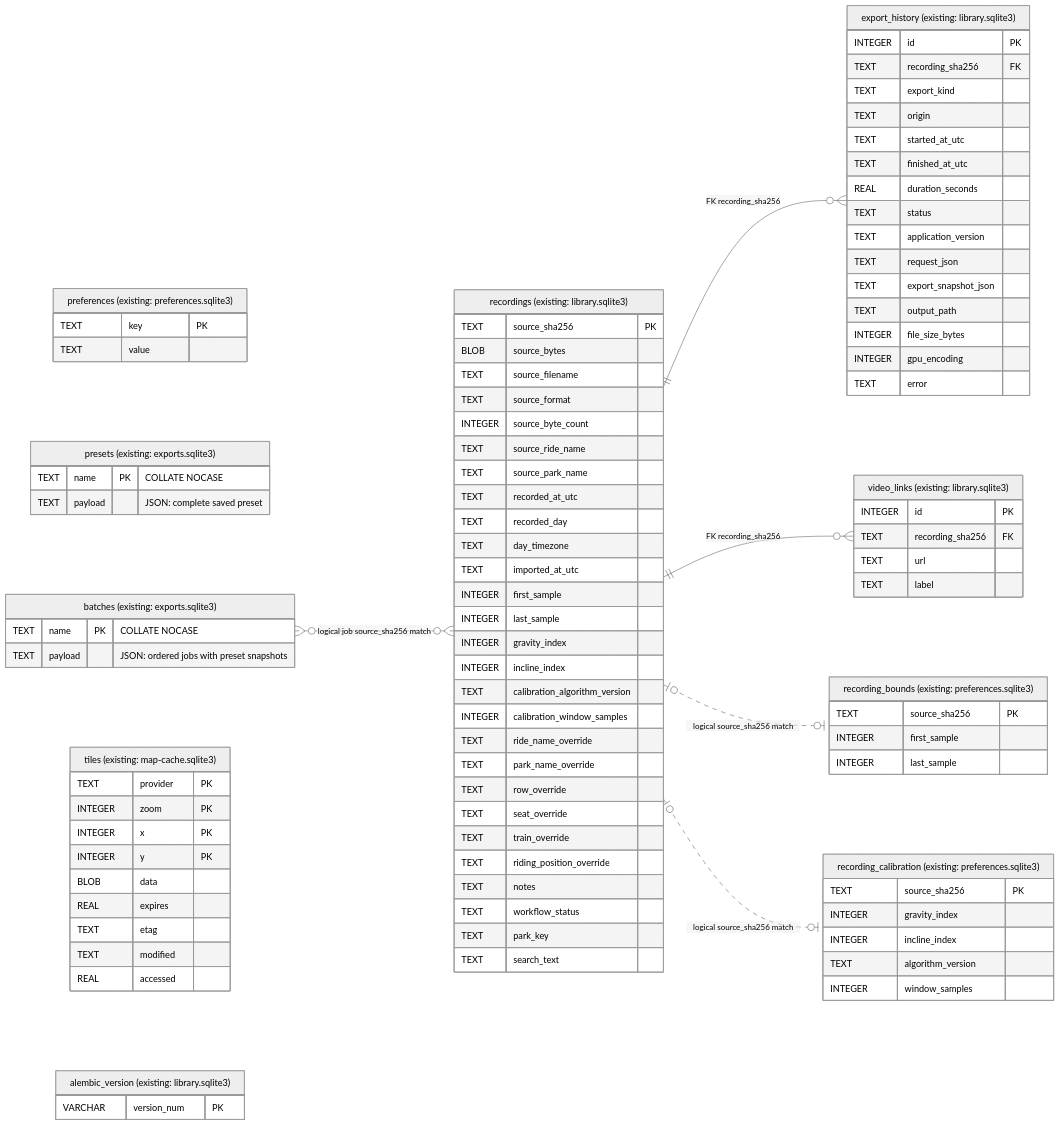
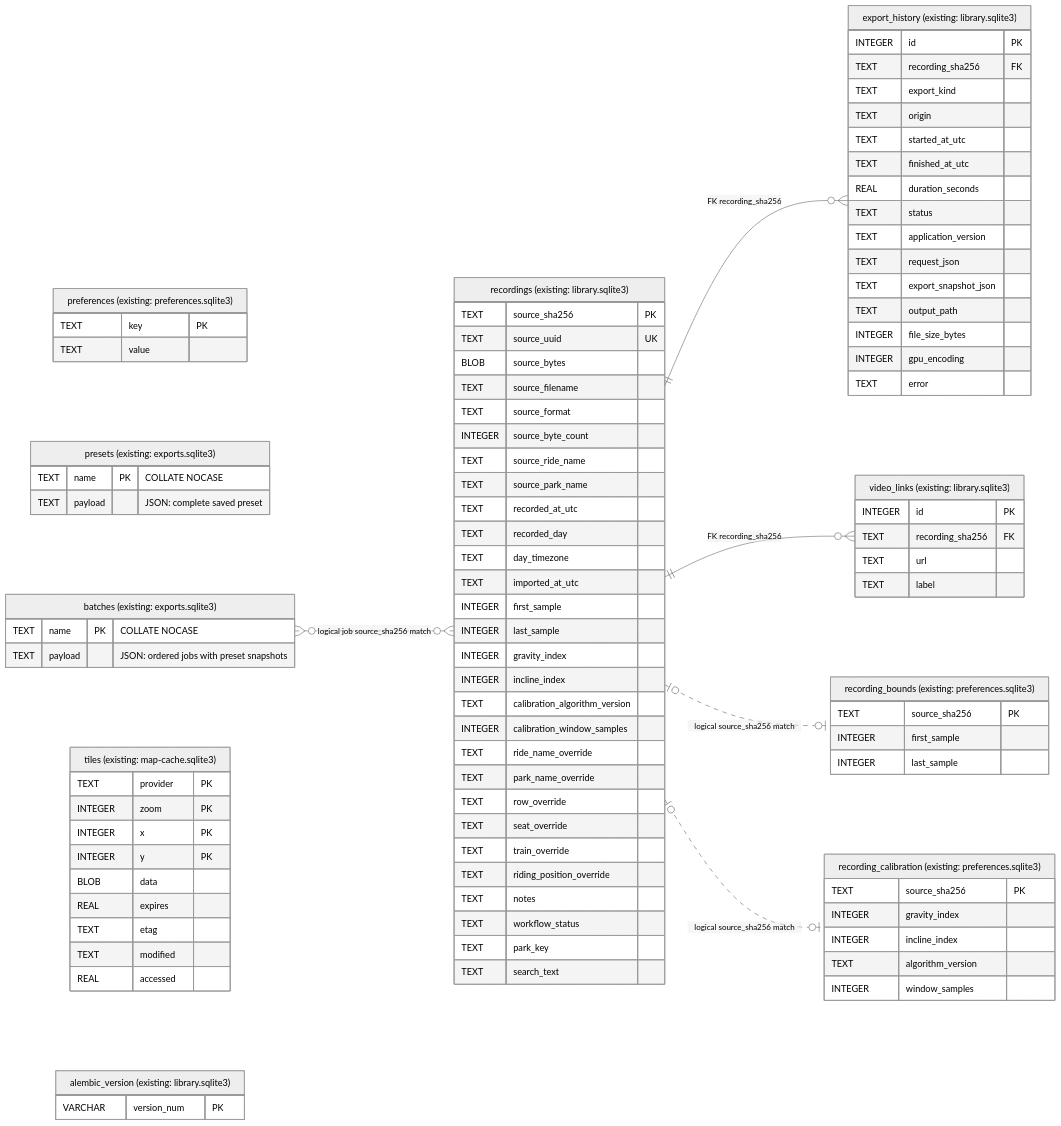
Before and after one commit to rudnerbjoern/ride-forces-analyzer: the diagram in docs/requirements/LIBRARY.md, drawn with Mermaid (neutral theme). The commit also changed other lines of this file and 18 other files, not shown here.

```diff
--- a/docs/requirements/LIBRARY.md
+++ b/docs/requirements/LIBRARY.md
@@ -302,6 +314,7 @@
 
     recordings["recordings (existing: library.sqlite3)"] {
         TEXT source_sha256 PK
+        TEXT source_uuid UK
         BLOB source_bytes
         TEXT source_filename
         TEXT source_format
```
